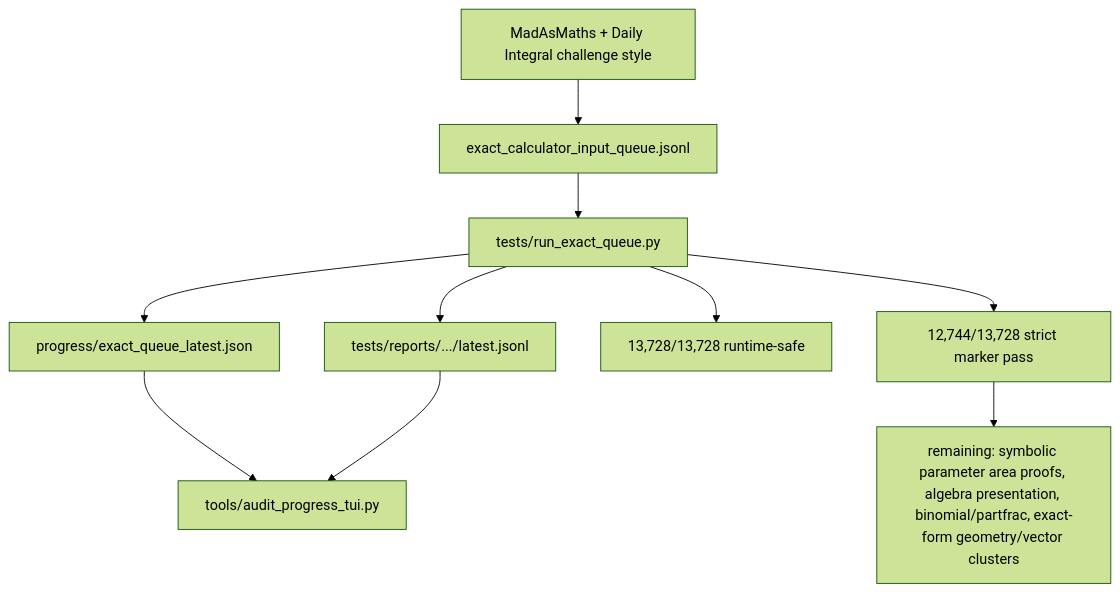
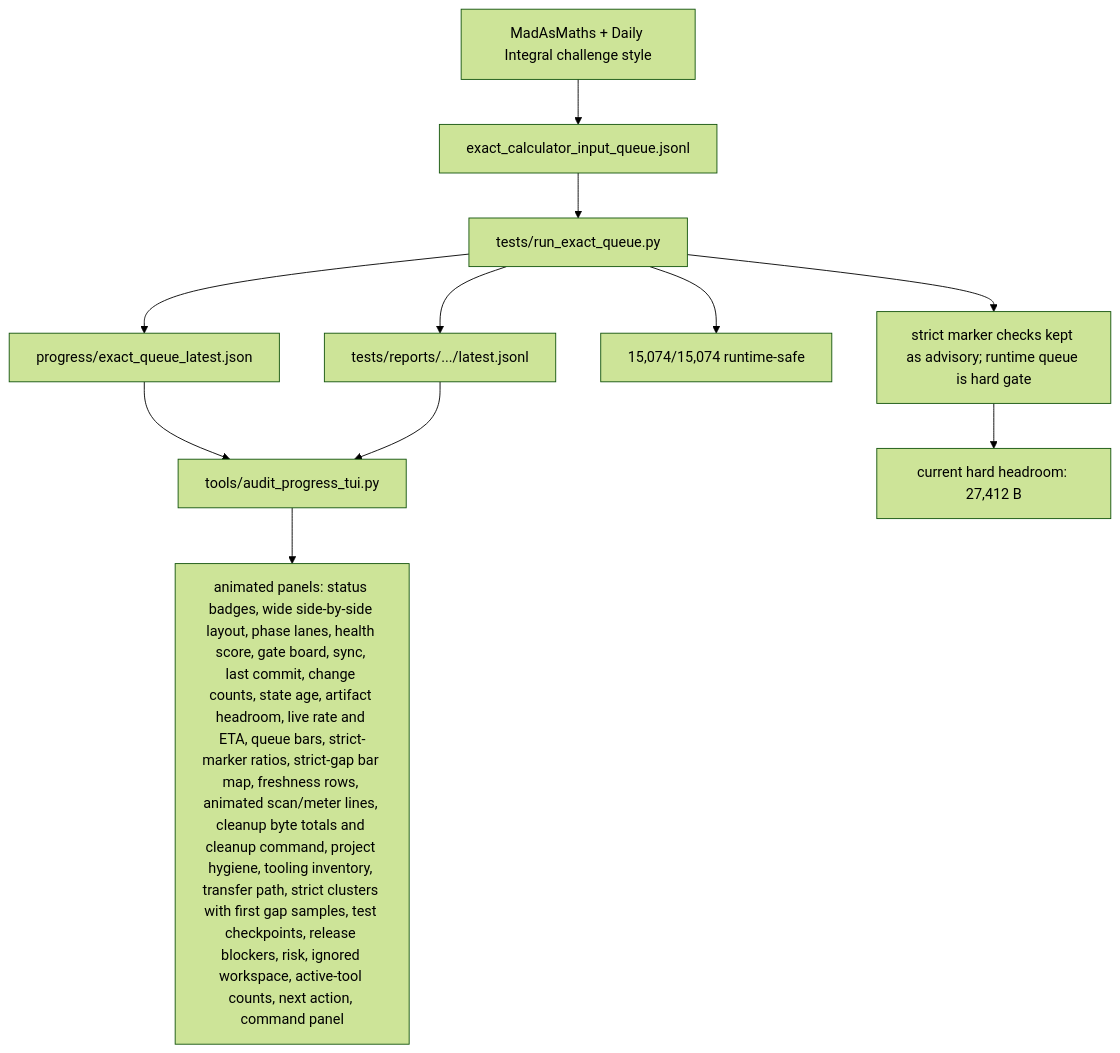
The fifth of 6 diagrams in docs/GRAPH.md (james8464/notes-addin-casio-fx-cg50), drawn with Mermaid (forest theme) before and after one commit. The commit also changed other lines of this file and 23 other files, not shown here.

````diff
--- a/docs/GRAPH.md
+++ b/docs/GRAPH.md
@@ -58,12 +66,13 @@
 ```mermaid
 graph TD
   Online["MadAsMaths + Daily Integral challenge style"] --> Queue["exact_calculator_input_queue.jsonl"]
   Queue --> Runner["tests/run_exact_queue.py"]
   Runner --> Live["progress/exact_queue_latest.json"]
   Runner --> Report["tests/reports/.../latest.jsonl"]
   Live --> TUI["tools/audit_progress_tui.py"]
   Report --> TUI
-  Runner --> Runtime["13,728/13,728 runtime-safe"]
-  Runner --> Strict["12,744/13,728 strict marker pass"]
-  Strict --> Remaining["remaining: symbolic parameter area proofs, algebra presentation, binomial/partfrac, exact-form geometry/vector clusters"]
+  TUI --> Panels["animated panels: status badges, wide side-by-side layout, phase lanes, health score, gate board, sync, last commit, change counts, state age, artifact headroom, live rate and ETA, queue bars, strict-marker ratios, strict-gap bar map, freshness rows, animated scan/meter lines, cleanup byte totals and cleanup command, project hygiene, tooling inventory, transfer path, strict clusters with first gap samples, test checkpoints, release blockers, risk, ignored workspace, active-tool counts, next action, command panel"]
+  Runner --> Runtime["15,074/15,074 runtime-safe"]
+  Runner --> Strict["strict marker checks kept as advisory; runtime queue is hard gate"]
+  Strict --> Remaining["current hard headroom: 27,412 B"]
 ```
````
